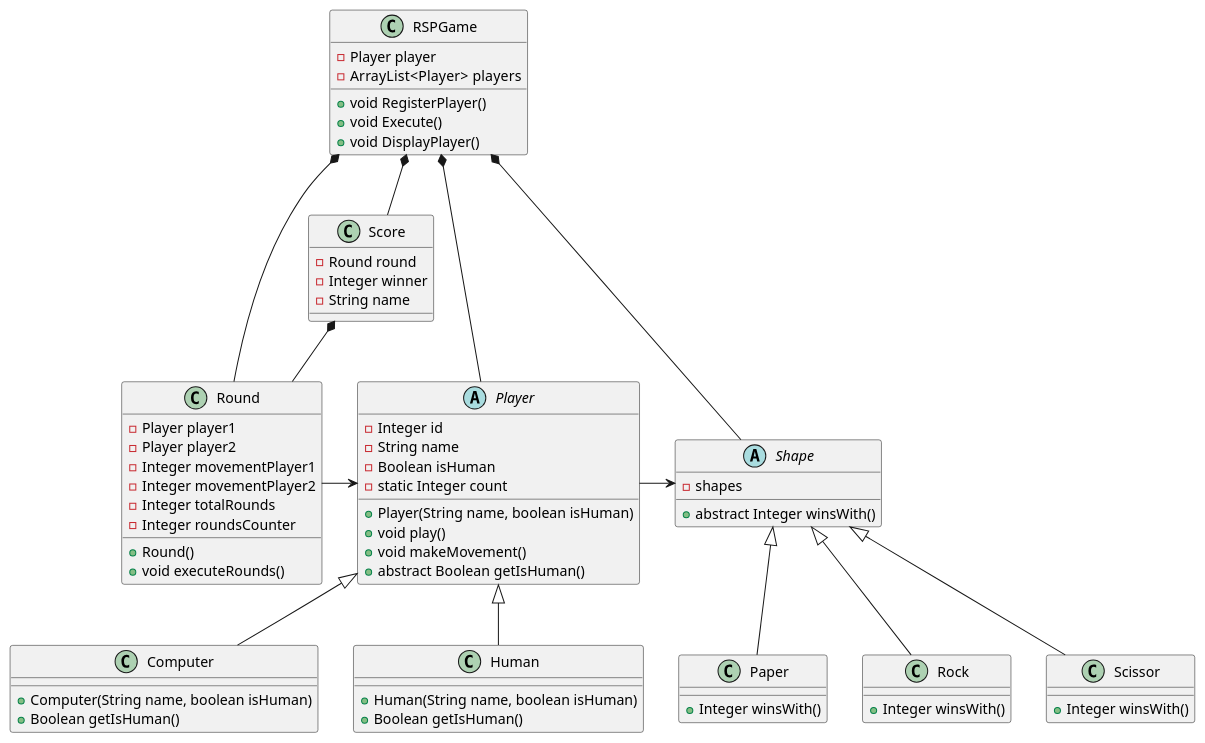
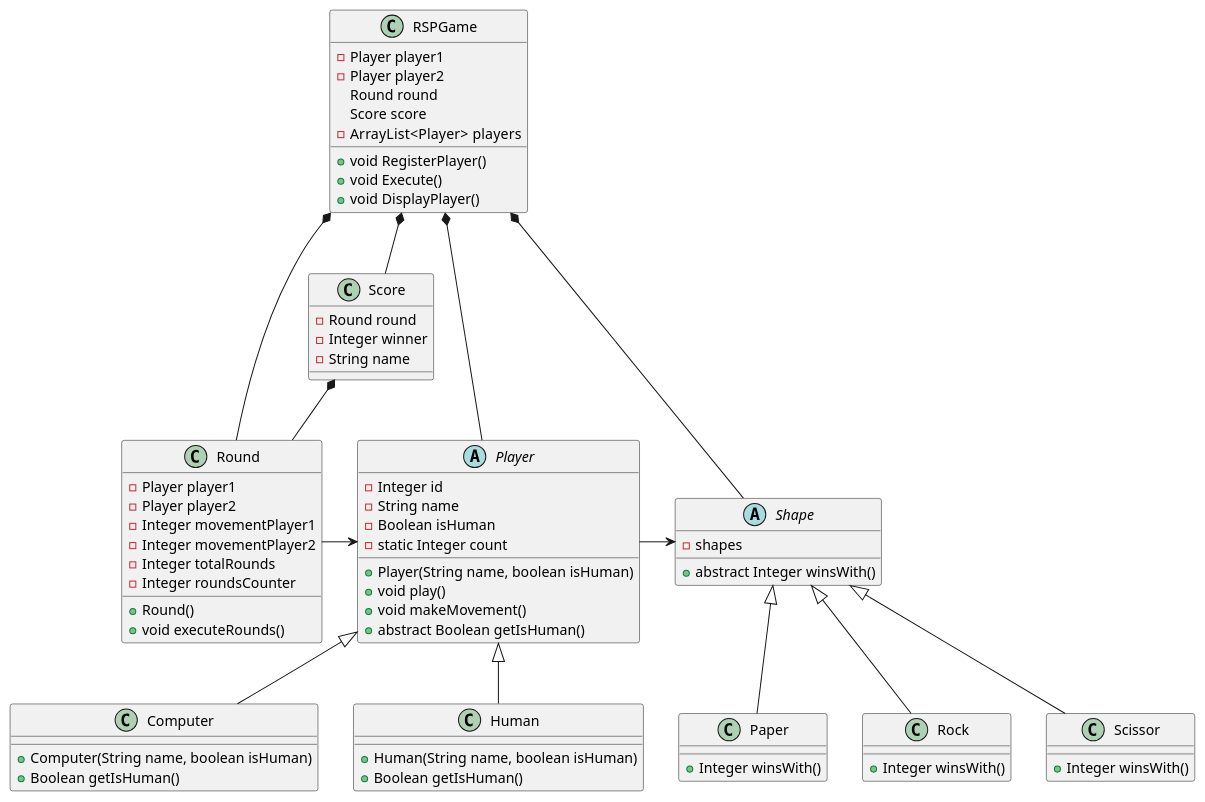
One commit to andrescordovatelus/RSPGame changed the diagram in RSPGame/docs/rsp-classes.wsd. Above: the diagram before and after it, drawn with PlantUML. The commit also changed 5 other files, not shown here.

```diff
--- a/RSPGame/docs/rsp-classes.wsd
+++ b/RSPGame/docs/rsp-classes.wsd
@@ -1,84 +1,87 @@
 @startuml rsp-classes
     class RSPGame{
-        -Player player
+        -Player player1
+        -Player player2
+        Round round
+        Score score
         -ArrayList<Player>  players
 
         +void RegisterPlayer()
         +void Execute()
         +void DisplayPlayer()
     }
 
     abstract class Player{
         -Integer id
         -String name
         -Boolean isHuman
         -static Integer count
 
         +Player(String name, boolean isHuman)
         +void play()
         +void makeMovement()
         +abstract Boolean getIsHuman()
     }
 
     class Human{
         +Human(String name, boolean isHuman)
         +Boolean getIsHuman()
     }
 
     class Computer{
         +Computer(String name, boolean isHuman)
         +Boolean getIsHuman()
     }
 
     class Score{
         -Round round
         -Integer winner
         -String name
     }
 
     class Round{
         -Player player1
         -Player player2
         -Integer movementPlayer1
         -Integer movementPlayer2
         -Integer totalRounds
         -Integer roundsCounter
 
         +Round()
         +void executeRounds()
     }
 
     abstract class Shape{
         -shapes
 
         +abstract Integer winsWith()
     }
 
     class Rock{
         +Integer winsWith()
     }
 
     class Scissor{
         +Integer winsWith()
     }
 
     class Paper{
         +Integer winsWith()
     }
 
     RSPGame *-- Player
     RSPGame *-- Score
     RSPGame *-- Shape
     RSPGame *-- Round
 
     Player <|-- Human
     Player <|-- Computer
     Shape <|-- Rock
     Shape <|-- Scissor
     Shape <|-- Paper
 
     Player -right-> Shape
     Round -right-> Player
     Score *-- Round
 
 @enduml
```
